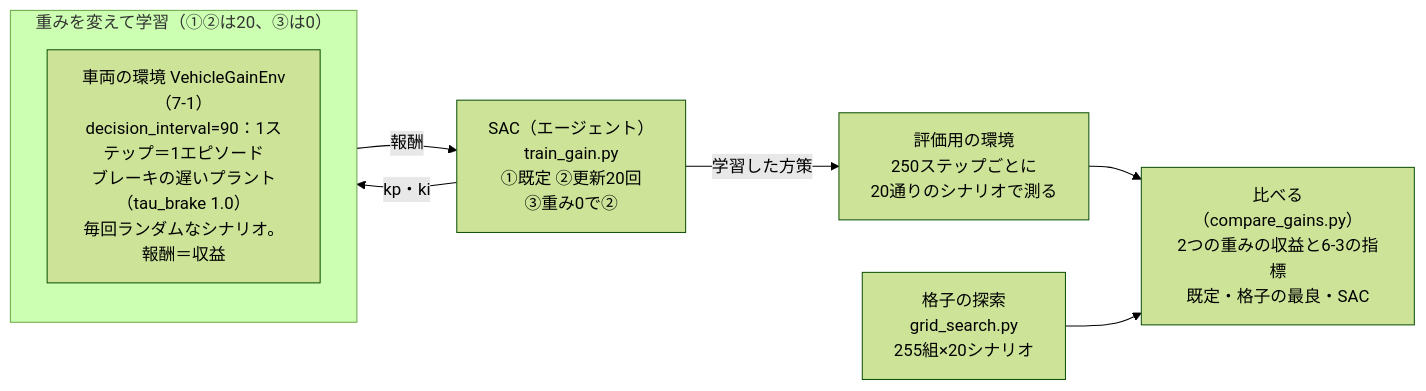
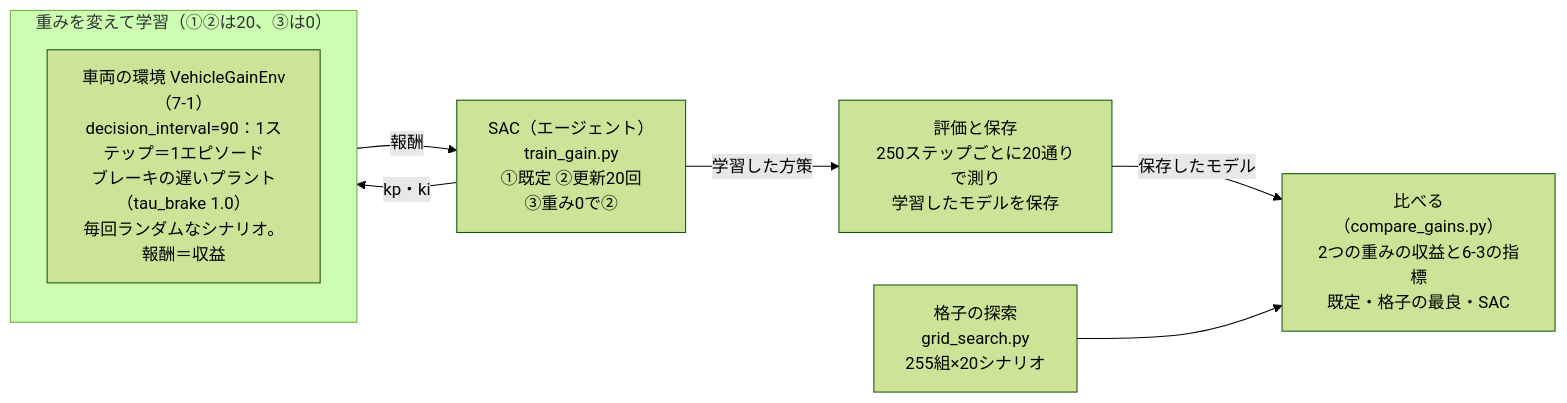
The diagram in docs/phase7_2_gain_tuning.md (SanghunIm1991/ros2MinimalPhysicalAi), drawn with Mermaid (forest theme) before and after one commit. The commit also changed other lines of this file and 4 other files, not shown here.

Commit message:
[claude] 新しい7-2の教科書としてのレビューに対応（トレードオフを格子の最良どうしで読ませ、重み0の学習の失敗を正直に書く、粗い格子と比べて強化学習の向く場面の結論を改める、確かめ用のシナリオでの比較を追加、言い過ぎ・重複・用語・課題1の基準・図の矢印を修正、間章の番号の注記、CLAUDE.mdの例示の文言）

````diff
--- a/docs/phase7_2_gain_tuning.md
+++ b/docs/phase7_2_gain_tuning.md
@@ -37,15 +37,15 @@
 ```mermaid
 flowchart LR
     SAC["SAC（エージェント）<br/>train_gain.py<br/>①既定 ②更新20回<br/>③重み0で②"]
     subgraph RW["重みを変えて学習（①②は20、③は0）"]
         ENV["車両の環境 VehicleGainEnv（7-1）<br/>decision_interval=90：1ステップ＝1エピソード<br/>ブレーキの遅いプラント（tau_brake 1.0）<br/>毎回ランダムなシナリオ。報酬＝収益"]
     end
-    EV["評価用の環境<br/>250ステップごとに<br/>20通りのシナリオで測る"]
+    EV["評価と保存<br/>250ステップごとに20通りで測り<br/>学習したモデルを保存"]
     CMP["比べる（compare_gains.py）<br/>2つの重みの収益と6-3の指標<br/>既定・格子の最良・SAC"]
     GRID["格子の探索<br/>grid_search.py<br/>255組×20シナリオ"]
     SAC -- "kp・ki" --> RW
     RW -- "報酬" --> SAC
     SAC -- "学習した方策" --> EV
-    EV --> CMP
+    EV -- "保存したモデル" --> CMP
     GRID --> CMP
 ```
````
